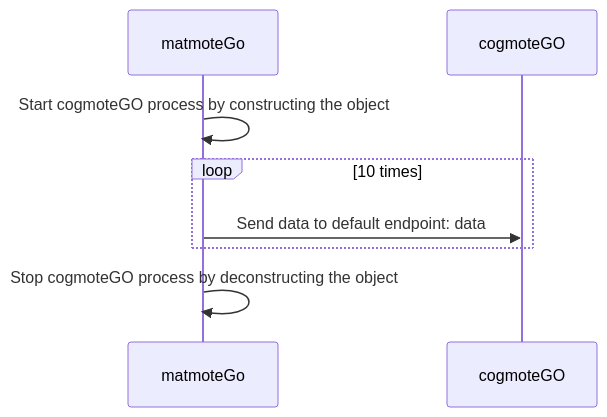
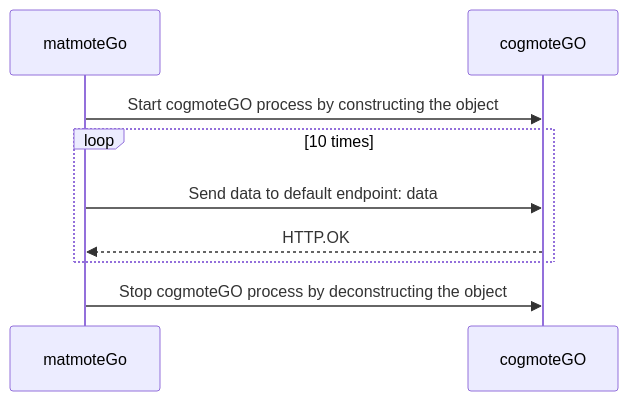
One commit to Ccccraz/matmoteGO changed the first of 3 diagrams in README.md. Above: the diagram before and after it, drawn with Mermaid. The commit also changed other lines of this file, not shown here.

Commit message:
docs: :memo: fix logic error in diagram

````diff
--- a/README.md
+++ b/README.md
@@ -36,8 +36,9 @@
 ```mermaid
 sequenceDiagram
-    matmoteGo->>matmoteGo: Start cogmoteGO process by constructing the object
+    matmoteGo->>cogmoteGO: Start cogmoteGO process by constructing the object
     loop 10 times
         matmoteGo->>cogmoteGO: Send data to default endpoint: data
+        cogmoteGO-->>matmoteGo: HTTP.OK
     end
-    matmoteGo->>matmoteGo: Stop cogmoteGO process by deconstructing the object
+    matmoteGo->>cogmoteGO: Stop cogmoteGO process by deconstructing the object
 ```
````
